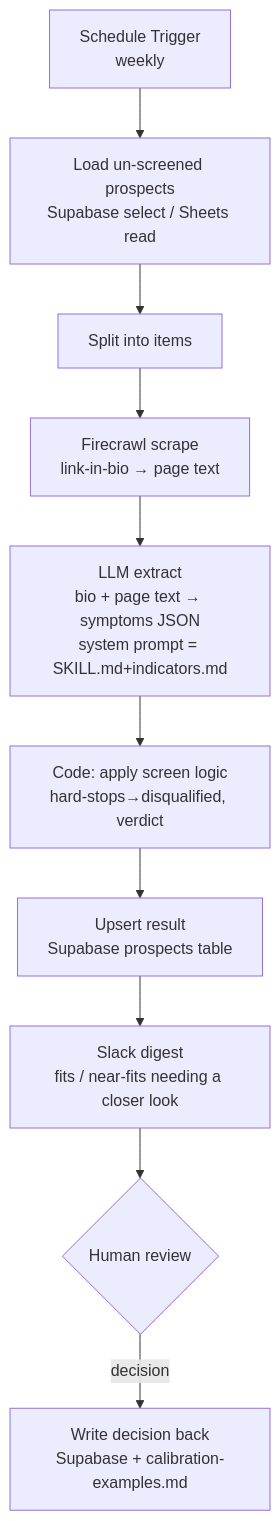
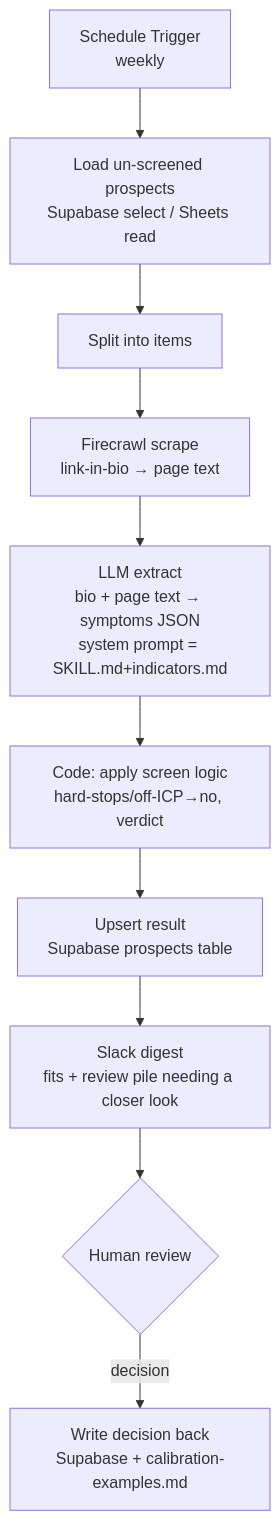
The diagram in .claude/skills/score-prospect-fit/n8n-workflow-design.md (CodeBerrySolutions/Chase-Claude-Code-Practice), drawn with Mermaid before and after one commit. The commit also changed other lines of this file and 5 other files, not shown here.

First line of the commit message:
Consolidate screen verdicts to fit / review / later / no

````diff
--- a/.claude/skills/score-prospect-fit/n8n-workflow-design.md
+++ b/.claude/skills/score-prospect-fit/n8n-workflow-design.md
@@ -21,12 +21,12 @@
 ```mermaid
 flowchart TD
   A[Schedule Trigger<br/>weekly] --> B[Load un-screened prospects<br/>Supabase select / Sheets read]
   B --> C[Split into items]
   C --> D[Firecrawl scrape<br/>link-in-bio → page text]
   D --> E[LLM extract<br/>bio + page text → symptoms JSON<br/>system prompt = SKILL.md+indicators.md]
-  E --> F[Code: apply screen logic<br/>hard-stops→disqualified, verdict]
+  E --> F[Code: apply screen logic<br/>hard-stops/off-ICP→no, verdict]
   F --> G[Upsert result<br/>Supabase prospects table]
-  G --> H[Slack digest<br/>fits / near-fits needing a closer look]
+  G --> H[Slack digest<br/>fits + review pile needing a closer look]
   H --> I{Human review}
   I -->|decision| J[Write decision back<br/>Supabase + calibration-examples.md]
 ```
````
